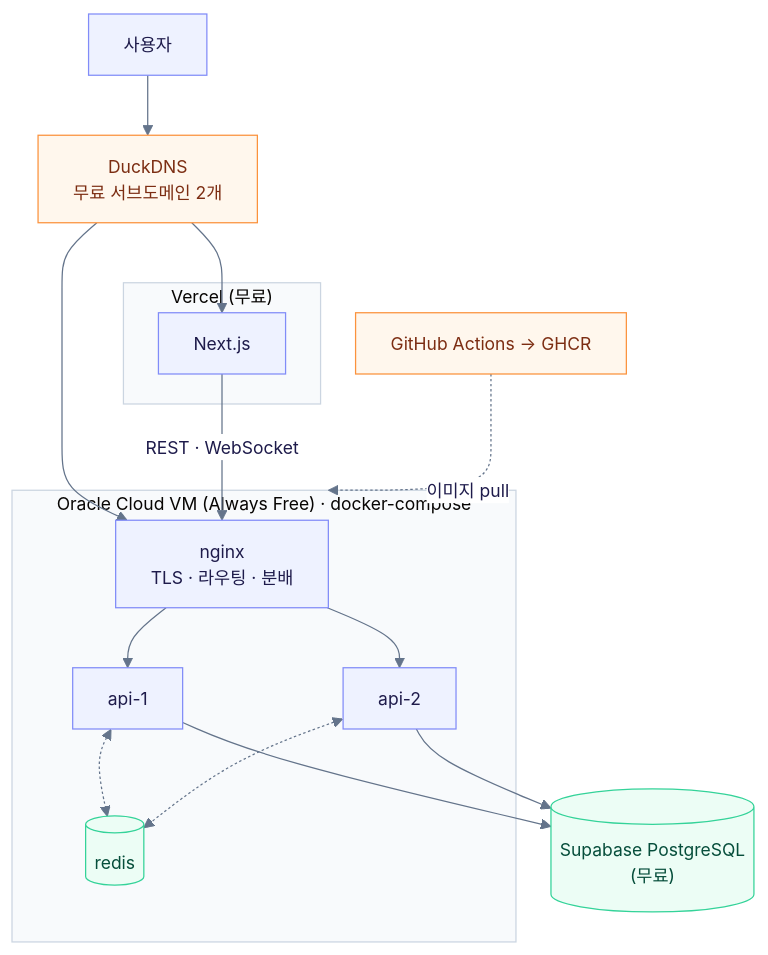
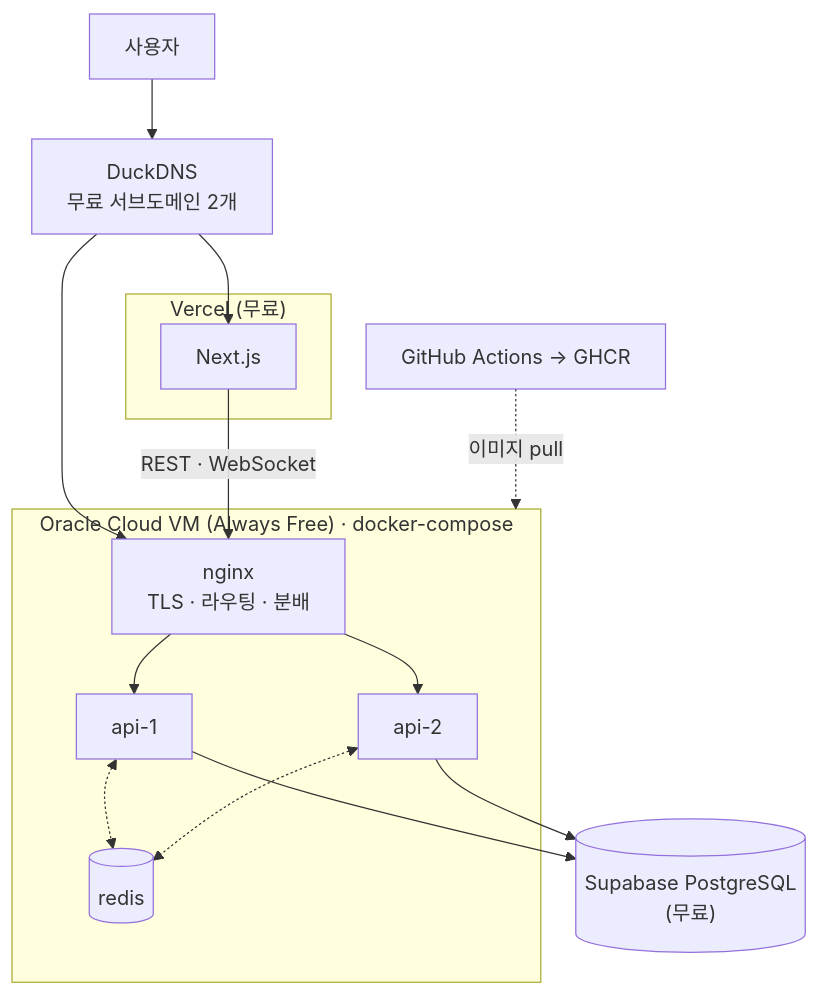
The second of 15 diagrams in README.md (wjsgusdn12/naverworks_clone_api), drawn with Mermaid before and after one commit. The commit also changed other lines of this file and 26 other files, not shown here.

````diff
--- a/README.md
+++ b/README.md
@@ -121,8 +71,6 @@
 ```mermaid
 ---
 config:
-  theme: base
-  fontFamily: "Pretendard, Malgun Gothic, Apple SD Gothic Neo, Noto Sans KR, sans-serif"
   markdownAutoWrap: false
   flowchart:
     curve: basis
@@ -130,47 +78,6 @@
     nodeSpacing: 36
     rankSpacing: 48
     wrappingWidth: 800
-  themeVariables:
-    fontSize: 14px
-    primaryColor: "#eef2ff"
-    primaryTextColor: "#1e1b4b"
-    primaryBorderColor: "#818cf8"
-    secondaryColor: "#f0f9ff"
-    secondaryBorderColor: "#7dd3fc"
-    tertiaryColor: "#f8fafc"
-    tertiaryBorderColor: "#cbd5e1"
-    lineColor: "#64748b"
-    textColor: "#1e293b"
-    clusterBkg: "#f8fafc"
-    clusterBorder: "#cbd5e1"
-    edgeLabelBackground: "#ffffff"
-    nodeBorder: "#818cf8"
-    mainBkg: "#eef2ff"
-    actorBkg: "#eef2ff"
-    actorBorder: "#818cf8"
-    actorTextColor: "#1e1b4b"
-    actorLineColor: "#cbd5e1"
-    signalColor: "#334155"
-    signalTextColor: "#334155"
-    labelBoxBkgColor: "#f1f5f9"
-    labelBoxBorderColor: "#cbd5e1"
-    noteBkgColor: "#fef3c7"
-    noteBorderColor: "#fbbf24"
-    noteTextColor: "#78350f"
-    activationBkgColor: "#e0e7ff"
-    activationBorderColor: "#818cf8"
-    cScale0: "#6366f1"
-    cScale1: "#0ea5e9"
-    cScale2: "#10b981"
-    cScale3: "#f59e0b"
-    cScale4: "#ec4899"
-    cScaleLabel0: "#ffffff"
-    cScaleLabel1: "#ffffff"
-    cScaleLabel2: "#ffffff"
-    cScaleLabel3: "#ffffff"
-    cScaleLabel4: "#ffffff"
-    attributeBackgroundColorEven: "#f8fafc"
-    attributeBackgroundColorOdd: "#ffffff"
 ---
 flowchart TB
     User["사용자"]
@@ -198,11 +105,4 @@
     API1 --> Supa
     API2 --> Supa
     GH -.->|"이미지 pull"| VM
-    classDef external fill:#fff7ed,stroke:#fb923c,color:#7c2d12
-    class DNS,GH external
-    classDef store fill:#ecfdf5,stroke:#34d399,color:#064e3b
-    classDef external fill:#fff7ed,stroke:#fb923c,color:#7c2d12
-    classDef focus fill:#4f46e5,stroke:#4338ca,color:#ffffff,font-weight:bold
-    class RedisC,Supa store
-    class DNS,GH external
 ```
````
